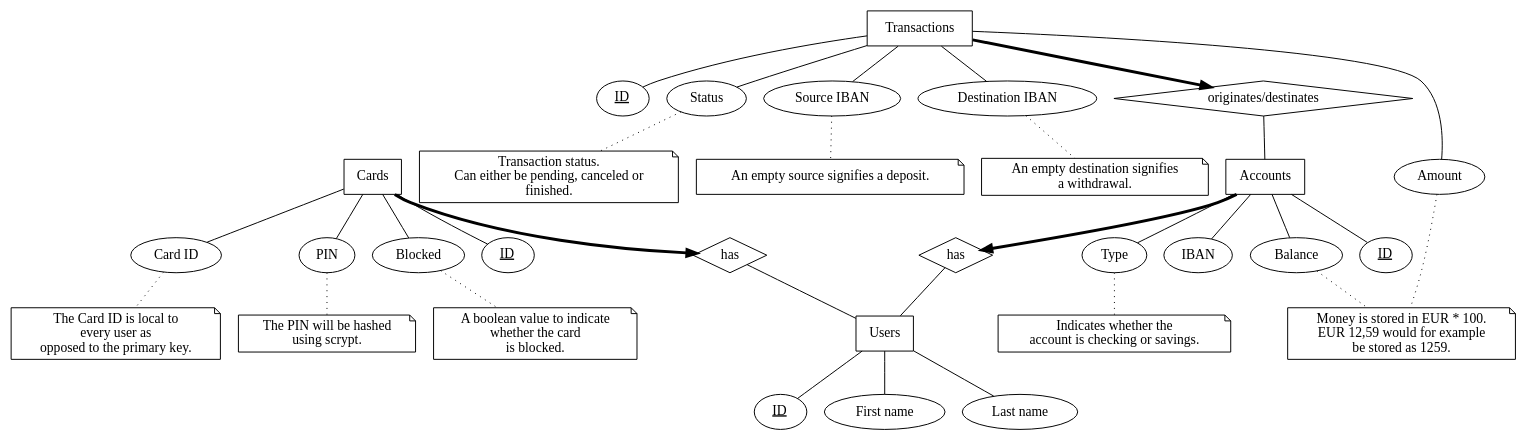
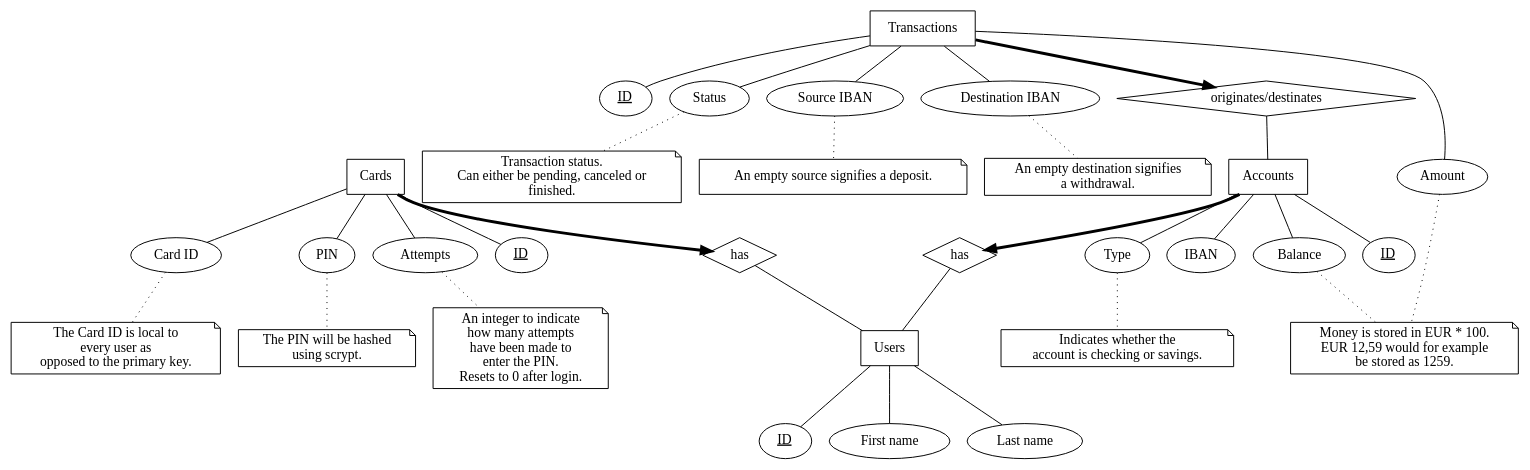
Before and after one commit to Herbankers/hb-server: the diagram in kech.gv, drawn with Graphviz. The commit also changed 3 other files, not shown here.

Commit message:
implement blocking card after KBP_PINTRY_MAX PIN attempts

```diff
--- a/kech.gv
+++ b/kech.gv
@@ -1,90 +1,90 @@
 digraph {
 	A [label="Users",shape=box];
 	a1 [label=<<u>ID</u>>];
 	a2 [label="First name"];
 	a3 [label="Last name"];
 
 	B [label="Cards",shape=box];
 	b1 [label=<<u>ID</u>>];
 	b2 [label="Card ID"];
 	b3 [label="PIN"];
-	b4 [label="Blocked"];
+	b4 [label="Attempts"];
 
 	C [label="Accounts",shape=box];
 	c1 [label=<<u>ID</u>>];
 	c2 [label="Type"];
 	c3 [label="IBAN"];
 	c4 [label="Balance"];
 
 	D [label="Transactions",shape=box];
 	d1 [label=<<u>ID</u>>];
 	d2 [label="Status"];
 	d3 [label="Source IBAN"];
 	d4 [label="Destination IBAN"];
 	d5 [label="Amount"];
 
 	r1 [label="has",shape=diamond];
 	r2 [label="has",shape=diamond];
 	r3 [label="originates/destinates",shape=diamond];
 
 	subgraph attributes {
 		edge [dir=none];
 
 		/* Users */
 		A -> a1;
 		A -> a2;
 		A -> a3;
 
 		/* Cards */
 		B -> b1;
 		B -> b2;
 		B -> b3;
 		B -> b4;
 
 		/* Accounts */
 		C -> c1;
 		C -> c2;
 		C -> c3;
 		C -> c4;
 
 		/* Transactions */
 		D -> d1;
 		D -> d2;
 		D -> d3;
 		D -> d4;
 		D -> d5;
 	}
 
 	subgraph relations {
 		edge [dir=none];
 
 		r1 -> A;
 		r2 -> A;
 		r3 -> C;
 	}
 
 	subgraph relations_arrow {
 		B -> r1 [penwidth=3];
 		C -> r2 [penwidth=3];
 		D -> r3 [penwidth=3];
 	}
 
 	subgraph notes {
 		node [shape=note];
 		edge [dir=none,style=dotted];
 
 		n1 [label="Money is stored in EUR * 100.\nEUR 12,59 would for example\nbe stored as 1259."];
 
 		b2 -> "The Card ID is local to\nevery user as\nopposed to the primary key.";
 		b3 -> "The PIN will be hashed\nusing scrypt.";
-		b4 -> "A boolean value to indicate\nwhether the card\nis blocked.";
+		b4 -> "An integer to indicate\nhow many attempts\nhave been made to\nenter the PIN.\nResets to 0 after login.";
 
 		c2 -> "Indicates whether the\naccount is checking or savings.";
 		c4 -> n1;
 
 		d2 -> "Transaction status.\nCan either be pending, canceled or\n finished."
 		d3 -> "An empty source signifies a deposit.";
 		d4 -> "An empty destination signifies\na withdrawal.";
 		d5 -> n1;
 	}
 }
```
